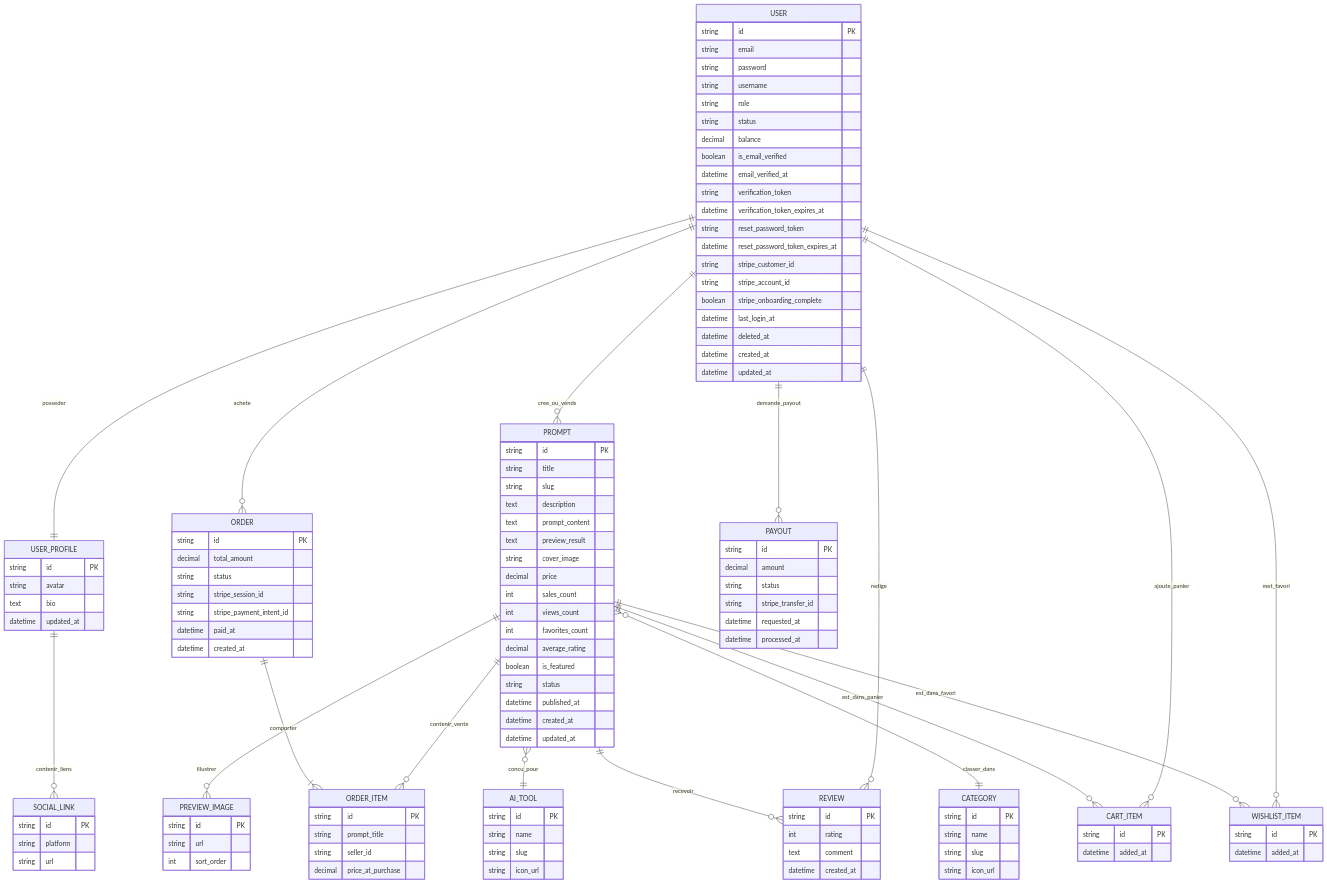
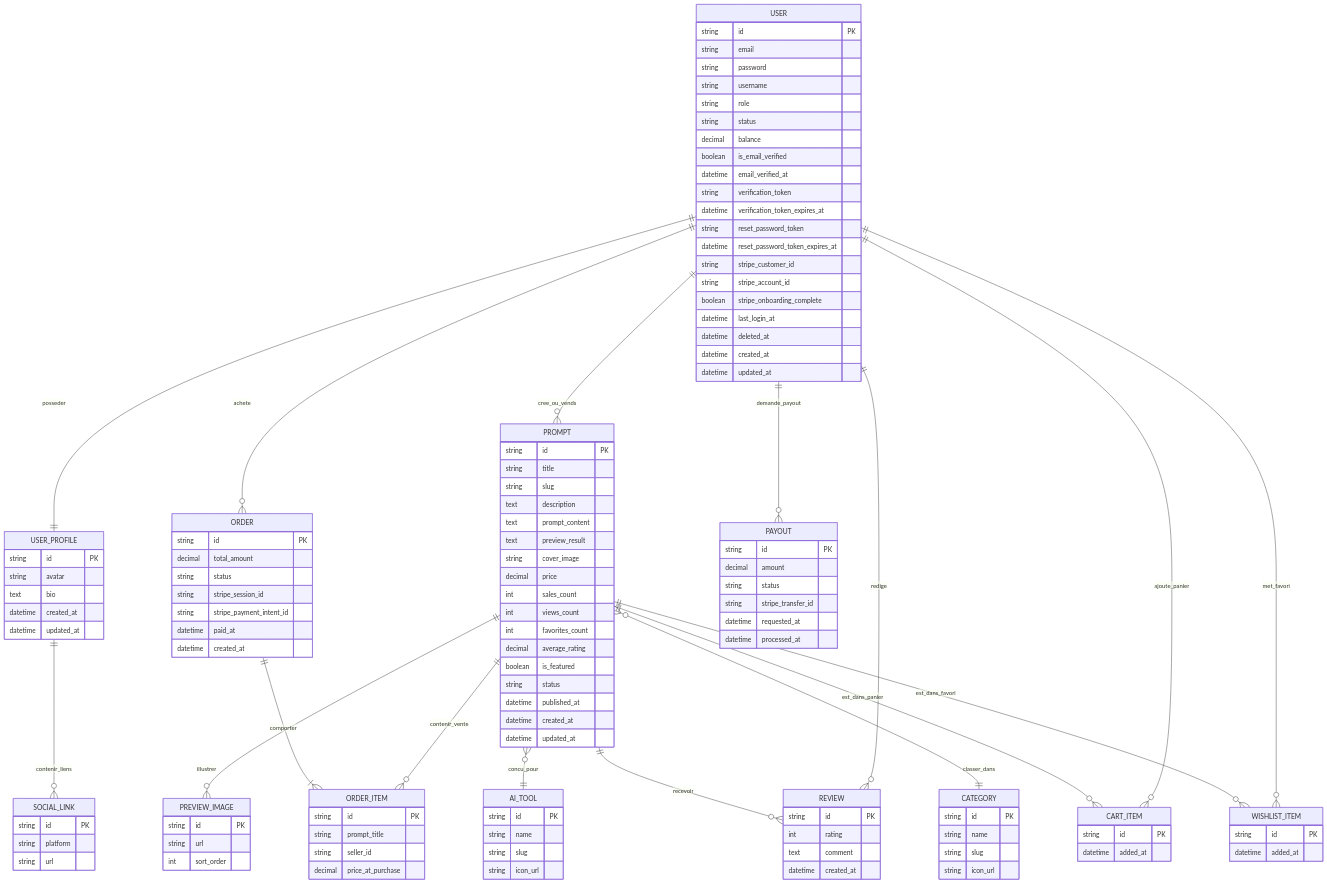
The diagram in docs/merise/mcd.md (abduljaber23/promptVerse), drawn with Mermaid before and after one commit. The commit also changed 4 other files, not shown here.

```diff
--- a/docs/merise/mcd.md
+++ b/docs/merise/mcd.md
@@ -31,6 +31,7 @@
         string id PK
         string avatar
         text bio
+        datetime created_at
         datetime updated_at
     }
 
```
